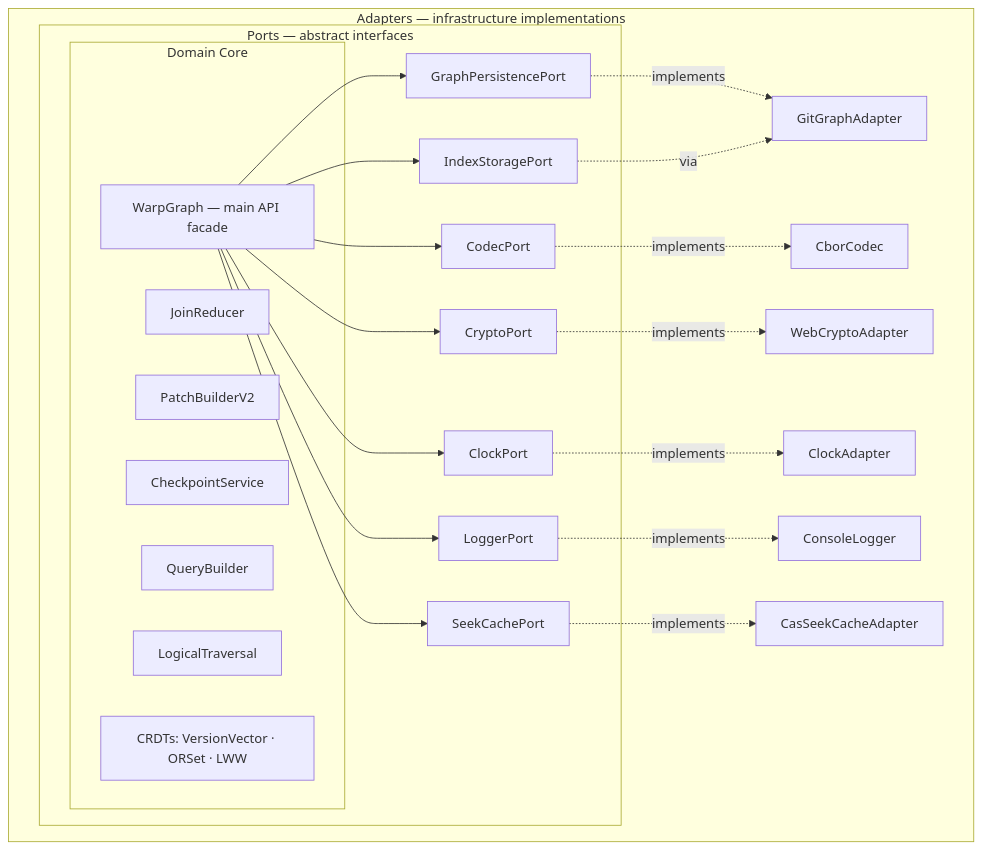
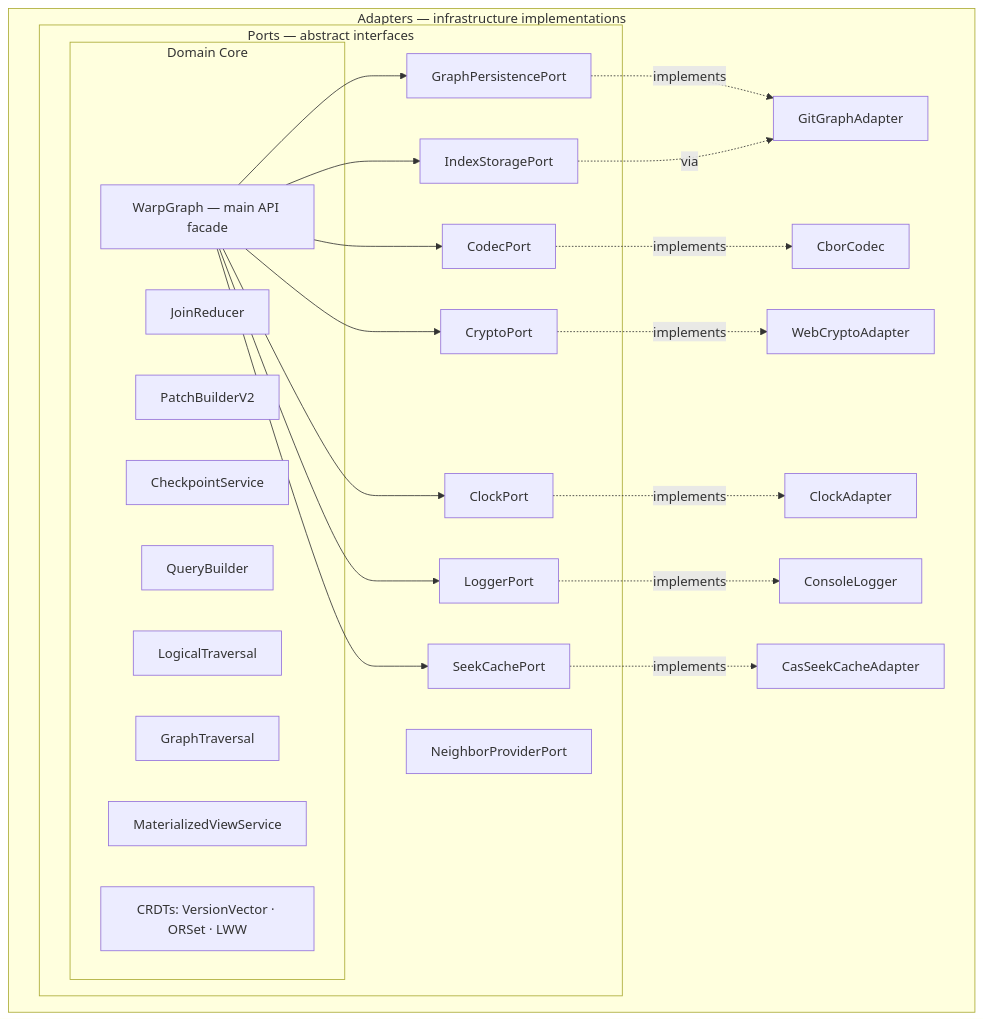
One commit to git-stunts/empty-graph changed the third of 3 diagrams in README.md. Above: the diagram before and after it, drawn with Mermaid. The commit also changed other lines of this file and 4 other files, not shown here.

First line of the commit message:
docs: update documentation for v12.0.0 MaterializedView architecture overhaul

````diff
--- a/README.md
+++ b/README.md
@@ -502,41 +541,44 @@
 ```mermaid
 flowchart TB
     subgraph adapters["Adapters — infrastructure implementations"]
         git["GitGraphAdapter"]
         cbor["CborCodec"]
         webcrypto["WebCryptoAdapter"]
         clocka["ClockAdapter"]
         consolel["ConsoleLogger"]
         cascache["CasSeekCacheAdapter"]
 
         subgraph ports["Ports — abstract interfaces"]
             pp["GraphPersistencePort"]
             cp["CodecPort"]
             crp["CryptoPort"]
             clp["ClockPort"]
             lp["LoggerPort"]
             ip["IndexStoragePort"]
             sp["SeekCachePort"]
+            np["NeighborProviderPort"]
 
             subgraph domain["Domain Core"]
                 wg["WarpGraph — main API facade"]
                 jr["JoinReducer"]
                 pb["PatchBuilderV2"]
                 cs["CheckpointService"]
                 qb["QueryBuilder"]
                 lt["LogicalTraversal"]
+                gt["GraphTraversal"]
+                mvs["MaterializedViewService"]
                 crdts["CRDTs: VersionVector · ORSet · LWW"]
             end
         end
     end
 
     pp -.->|implements| git
     cp -.->|implements| cbor
     crp -.->|implements| webcrypto
     clp -.->|implements| clocka
     lp -.->|implements| consolel
     sp -.->|implements| cascache
     ip -.->|via| git
 
     wg --> pp & cp & crp & clp & lp & ip & sp
 ```
````
